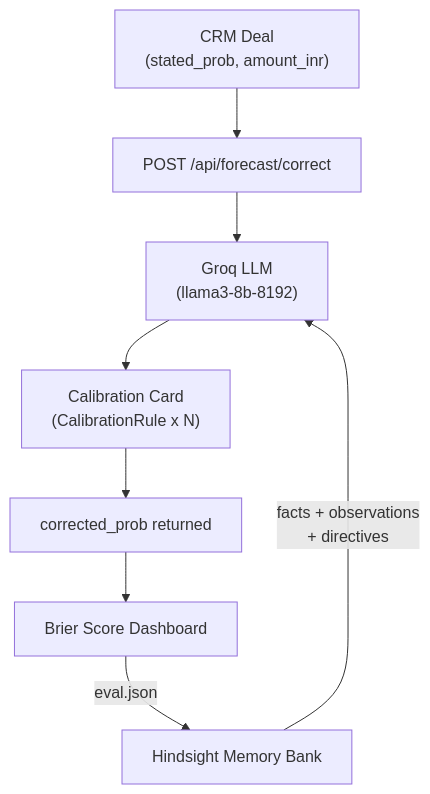
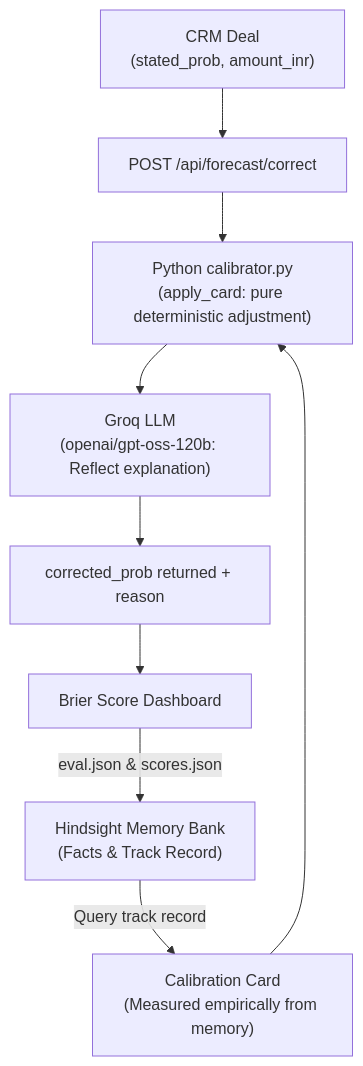
Before and after one commit to lwaheedcse2405f6-coder/Calibrate: the diagram in README.md, drawn with Mermaid. The commit also changed other lines of this file, not shown here.

First line of the commit message:
Revise README for architecture and setup instructions

````diff
--- a/README.md
+++ b/README.md
@@ -25,18 +25,21 @@
 ```mermaid
 graph TD
     A["CRM Deal\n(stated_prob, amount_inr)"]
     B["POST /api/forecast/correct"]
-    C["Groq LLM\n(llama3-8b-8192)"]
-    D["Hindsight Memory Bank"]
-    E["Calibration Card\n(CalibrationRule x N)"]
-    F["corrected_prob returned"]
-    G["Brier Score Dashboard"]
+    C["Hindsight Memory Bank\n(Facts & Track Record)"]
+    D["Calibration Card\n(Measured empirically from memory)"]
+    E["Python calibrator.py\n(apply_card: pure deterministic adjustment)"]
+    F["Groq LLM\n(openai/gpt-oss-120b: Reflect explanation)"]
+    G["corrected_prob returned + reason"]
+    H["Brier Score Dashboard"]
 
     A --> B
-    B --> C
-    D -- "facts + observations\n+ directives" --> C
-    C --> E
+    B --> E
+    C -- "Query track record" --> D
+    D --> E
     E --> F
     F --> G
-    G -- "eval.json" --> D
+    G --> H
+    H -- "eval.json & scores.json" --> C
+
 ```
````
